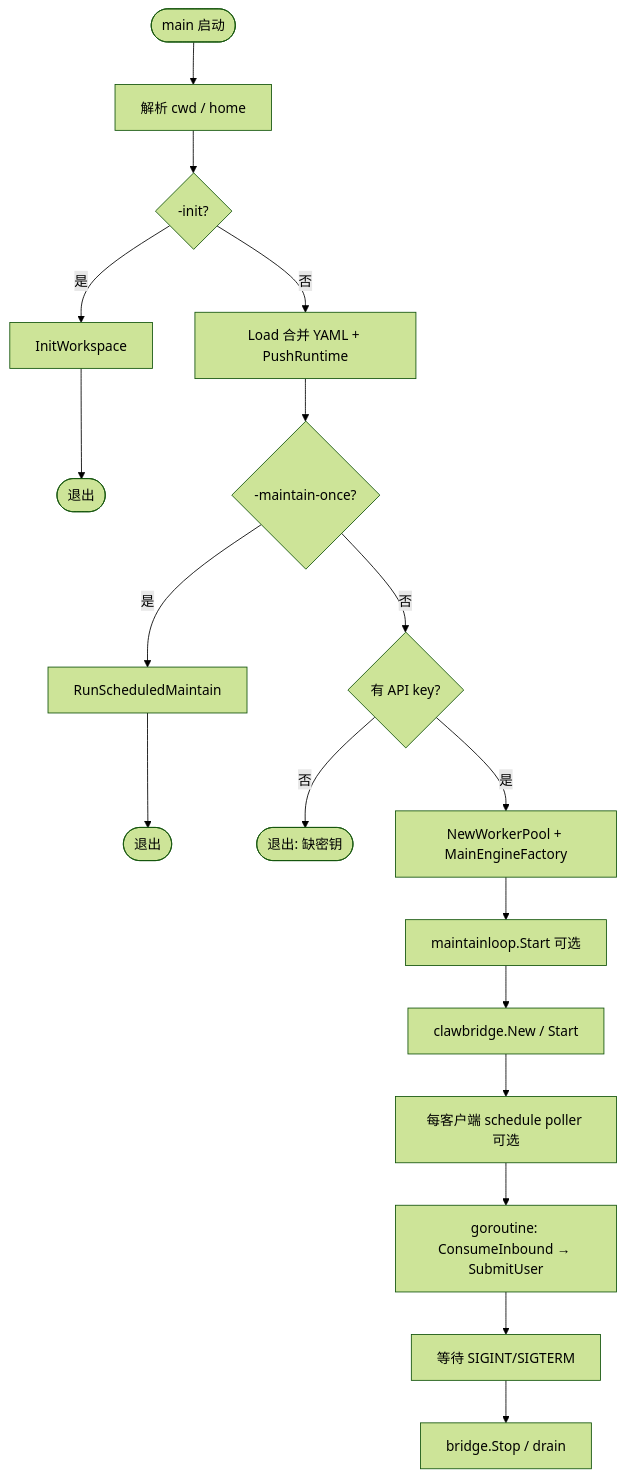
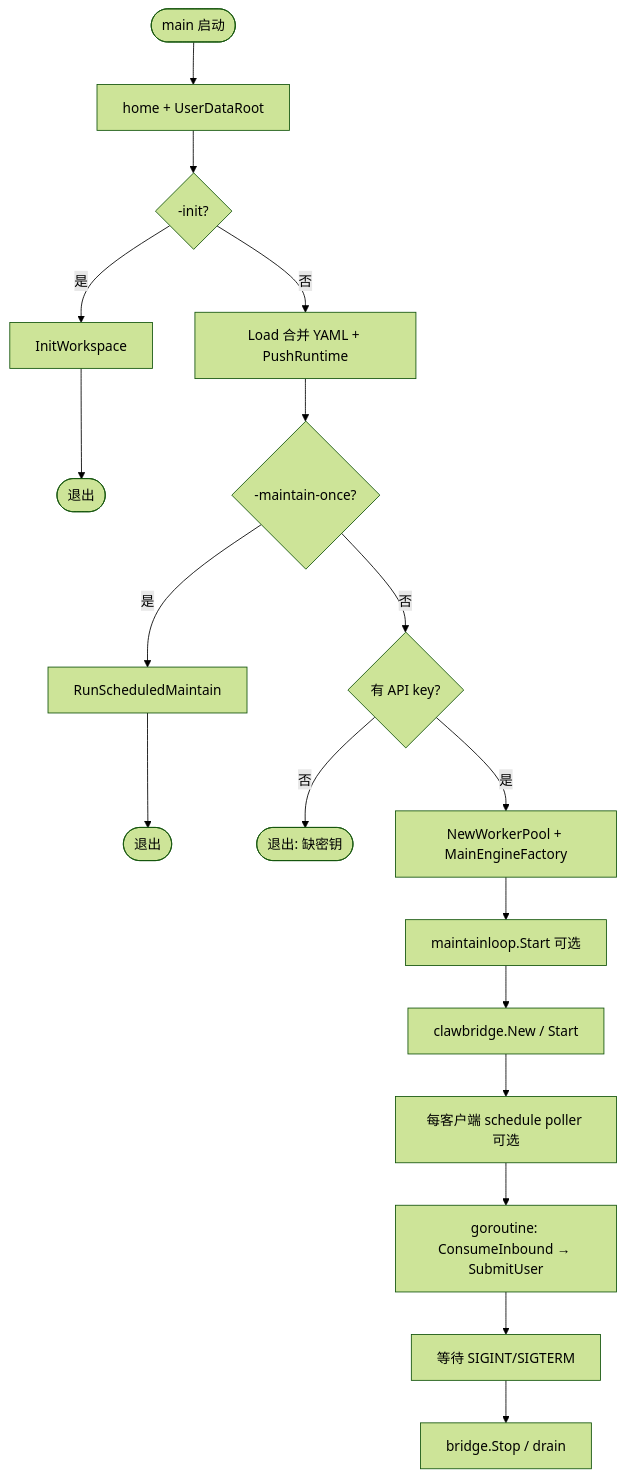
The first of 6 diagrams in docs/runtime-flow.md (lengzhao/oneclaw), drawn with Mermaid (forest theme) before and after one commit. The commit also changed other lines of this file and 50 other files, not shown here.

````diff
--- a/docs/runtime-flow.md
+++ b/docs/runtime-flow.md
@@ -19,18 +19,18 @@
 ```mermaid
 flowchart TB
-  start([main 启动]) --> cwd[解析 cwd / home]
-  cwd --> init{-init?}
+  start([main 启动]) --> home[home + UserDataRoot]
+  home --> init{-init?}
   init -->|是| ws[InitWorkspace] --> exit1([退出])
   init -->|否| load[Load 合并 YAML + PushRuntime]
   load --> mo{-maintain-once?}
   mo -->|是| sm[RunScheduledMaintain] --> exit2([退出])
   mo -->|否| api{有 API key?}
   api -->|否| err([退出: 缺密钥])
   api -->|是| pool[NewWorkerPool + MainEngineFactory]
   pool --> mloop[maintainloop.Start 可选]
   mloop --> cb[clawbridge.New / Start]
   cb --> poll[每客户端 schedule poller 可选]
   poll --> loop[goroutine: ConsumeInbound → SubmitUser]
   loop --> sig[等待 SIGINT/SIGTERM]
   sig --> shutdown[bridge.Stop / drain]
 ```
````
